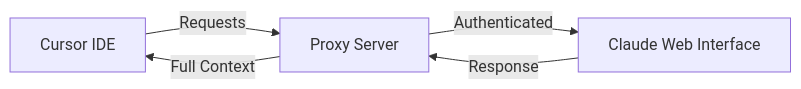
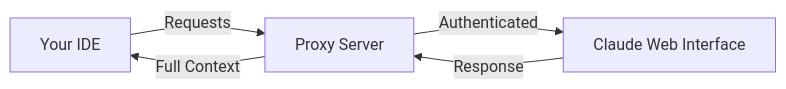
The diagram in README.md (bernie43/claude-openai-proxy), drawn with Mermaid before and after one commit. The commit also changed other lines of this file, not shown here.

````diff
--- a/README.md
+++ b/README.md
@@ -43,7 +51,7 @@
 ```mermaid
 graph LR
-    A[Cursor IDE] -->|Requests| B[Proxy Server]
+    A[Your IDE] -->|Requests| B[Proxy Server]
     B -->|Authenticated| C[Claude Web Interface]
     C -->|Response| B
     B -->|Full Context| A
 ```
````
